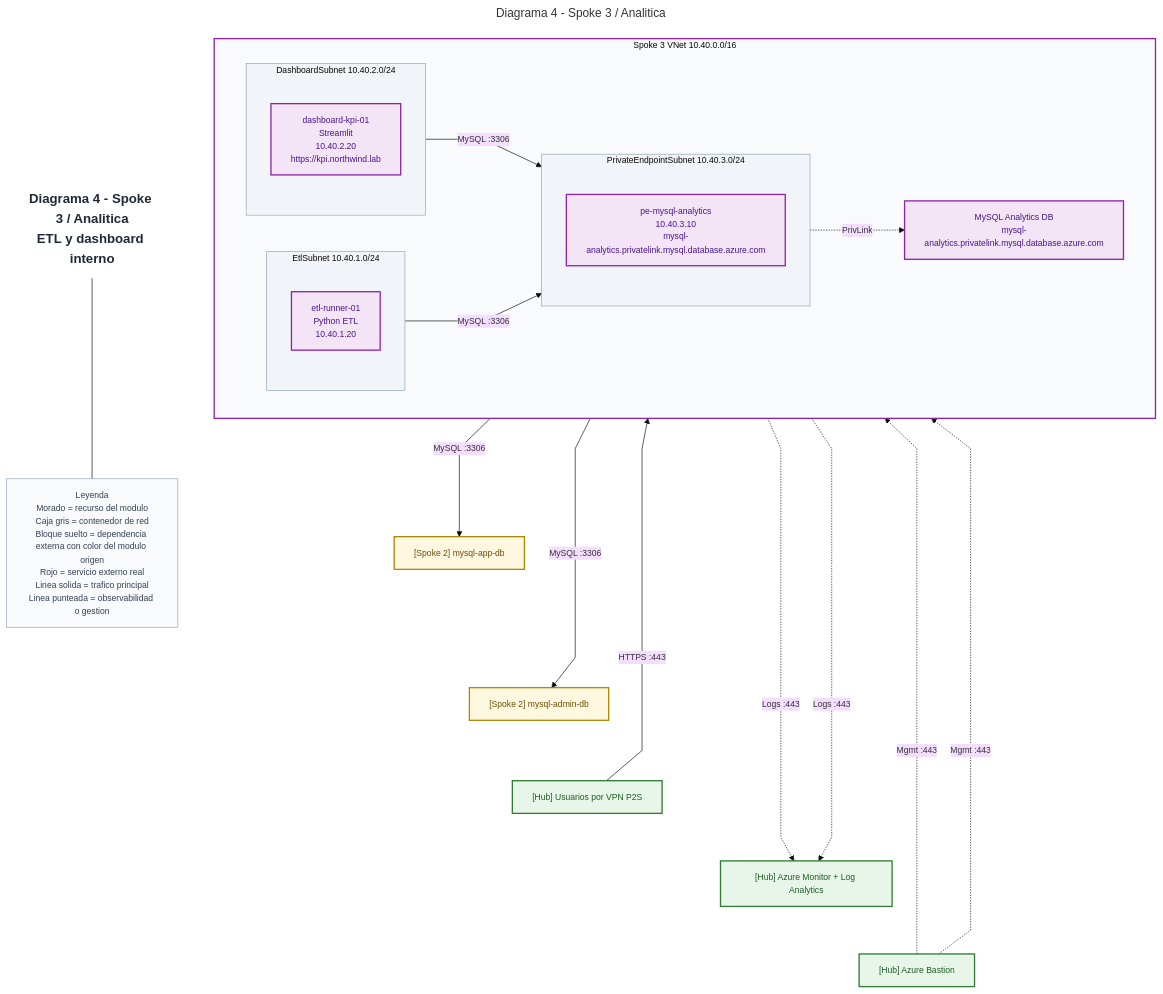
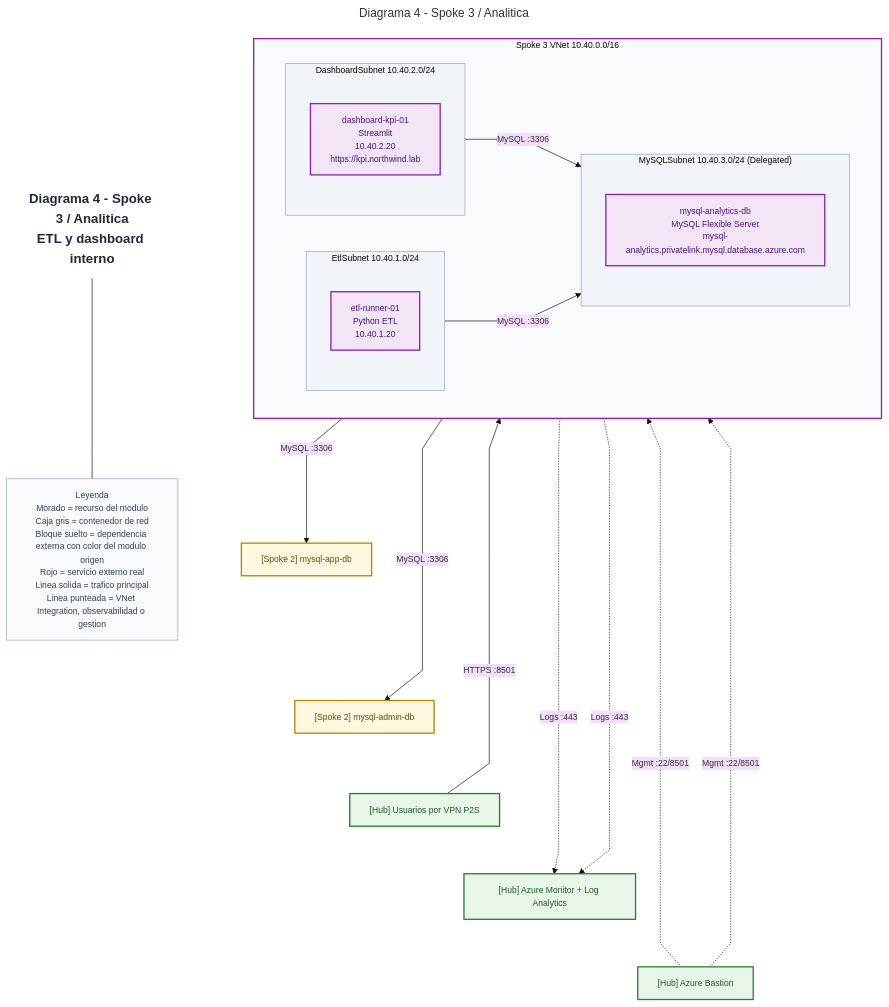
The diagram in docs/arquitectura/spoke3-analitica-detalle.mmd (Eickyair/azure-hubspoke-private-intranet), drawn with Mermaid before and after one commit. The commit also changed 6 other files, not shown here.

Commit message:
docs: update architecture diagrams and component documentation to align with Terraform infrastructure

```diff
--- a/docs/arquitectura/spoke3-analitica-detalle.mmd
+++ b/docs/arquitectura/spoke3-analitica-detalle.mmd
@@ -1,63 +1,60 @@
 ---
 title: Diagrama 4 - Spoke 3 / Analitica
 ---
 %%{init: {"theme": "base", "flowchart": {"curve": "linear", "nodeSpacing": 55, "rankSpacing": 72}, "themeVariables": {"fontFamily": "Trebuchet MS", "fontSize": "13px"}} }%%
 flowchart TB
     title["Diagrama 4 - Spoke 3 / Analitica<br/>ETL y dashboard interno"]:::title
-    legend["Leyenda<br/>Morado = recurso del modulo<br/>Caja gris = contenedor de red<br/>Bloque suelto = dependencia externa con color del modulo origen<br/>Rojo = servicio externo real<br/>Linea solida = trafico principal<br/>Linea punteada = observabilidad o gestion"]:::legend
+    legend["Leyenda<br/>Morado = recurso del modulo<br/>Caja gris = contenedor de red<br/>Bloque suelto = dependencia externa con color del modulo origen<br/>Rojo = servicio externo real<br/>Linea solida = trafico principal<br/>Linea punteada = VNet Integration, observabilidad o gestion"]:::legend
     title --- legend
 
     subgraph spoke3["Spoke 3 VNet 10.40.0.0/16"]
         direction LR
         subgraph etlsubnet["EtlSubnet 10.40.1.0/24"]
             direction TB
             etl["etl-runner-01<br/>Python ETL<br/>10.40.1.20"]:::analytics
         end
 
         subgraph dashboardsubnet["DashboardSubnet 10.40.2.0/24"]
             direction TB
             dashboard["dashboard-kpi-01<br/>Streamlit<br/>10.40.2.20<br/>https://kpi.northwind.lab"]:::analytics
         end
 
-        subgraph pesubnet["PrivateEndpointSubnet 10.40.3.0/24"]
+        subgraph mysqlsubnet["MySQLSubnet 10.40.3.0/24 (Delegated)"]
             direction TB
-            peanalytics["pe-mysql-analytics<br/>10.40.3.10<br/>mysql-analytics.privatelink.mysql.database.azure.com"]:::analytics
+            mysqlanalytics["mysql-analytics-db<br/>MySQL Flexible Server<br/>mysql-analytics.privatelink.mysql.database.azure.com"]:::analytics
         end
-
-        analyticsdb["MySQL Analytics DB<br/>mysql-analytics.privatelink.mysql.database.azure.com"]:::analytics
     end
 
     dbapp["[Spoke 2] mysql-app-db"]:::data
     dbadmin["[Spoke 2] mysql-admin-db"]:::data
     vpnusers["[Hub] Usuarios por VPN P2S"]:::hub
     monitor["[Hub] Azure Monitor + Log Analytics"]:::hub
     bastion["[Hub] Azure Bastion"]:::hub
 
     etl -->|"MySQL :3306"| dbapp
     etl -->|"MySQL :3306"| dbadmin
-    etl -->|"MySQL :3306"| peanalytics
-    peanalytics -.->|"PrivLink"| analyticsdb
-    dashboard -->|"MySQL :3306"| peanalytics
-    vpnusers -->|"HTTPS :443"| dashboard
+    etl -->|"MySQL :3306"| mysqlanalytics
+    dashboard -->|"MySQL :3306"| mysqlanalytics
+    vpnusers -->|"HTTPS :8501"| dashboard
     etl -.->|"Logs :443"| monitor
     dashboard -.->|"Logs :443"| monitor
-    bastion -.->|"Mgmt :443"| etl
-    bastion -.->|"Mgmt :443"| dashboard
+    bastion -.->|"Mgmt :22/8501"| etl
+    bastion -.->|"Mgmt :22/8501"| dashboard
 
     dbapp ~~~ dbadmin
     dbadmin ~~~ vpnusers
     vpnusers ~~~ monitor
     monitor ~~~ bastion
 
     style spoke3 fill:#f8fafc,stroke:#8e24aa,stroke-width:2px;
     style etlsubnet fill:#f1f5f9,stroke:#94a3b8,stroke-width:1px;
     style dashboardsubnet fill:#f1f5f9,stroke:#94a3b8,stroke-width:1px;
-    style pesubnet fill:#f1f5f9,stroke:#94a3b8,stroke-width:1px;
+    style mysqlsubnet fill:#f1f5f9,stroke:#94a3b8,stroke-width:1px;
 
     classDef title fill:#ffffff,stroke:#ffffff,color:#1f2937,font-size:20px,font-weight:bold;
     classDef legend fill:#f8fafc,stroke:#94a3b8,color:#334155;
     classDef hub fill:#e8f5e9,stroke:#2e7d32,color:#1b5e20,stroke-width:2px;
     classDef app fill:#e3f2fd,stroke:#1565c0,color:#0d47a1,stroke-width:2px;
     classDef data fill:#fff8e1,stroke:#b28704,color:#6d4c00,stroke-width:2px;
     classDef analytics fill:#f3e5f5,stroke:#8e24aa,color:#4a148c,stroke-width:2px;
     classDef external fill:#ffebee,stroke:#c62828,color:#7f1d1d,stroke-width:2px;
```
